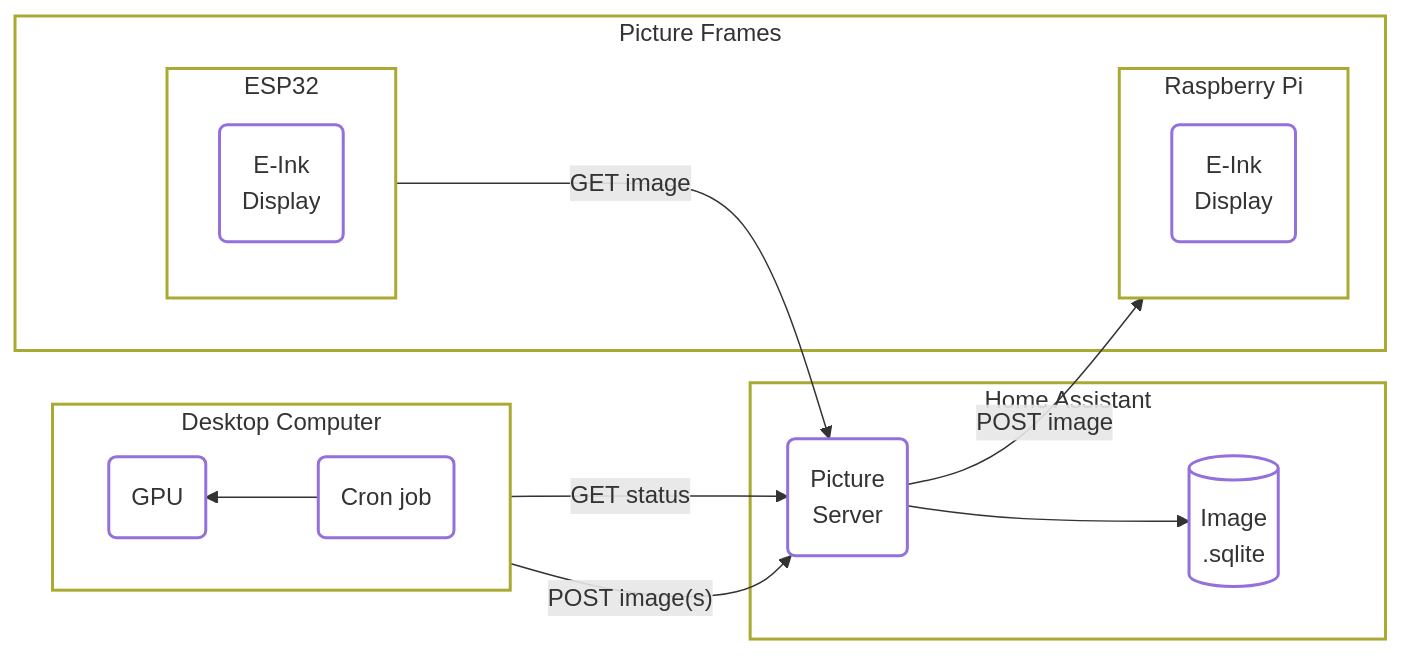
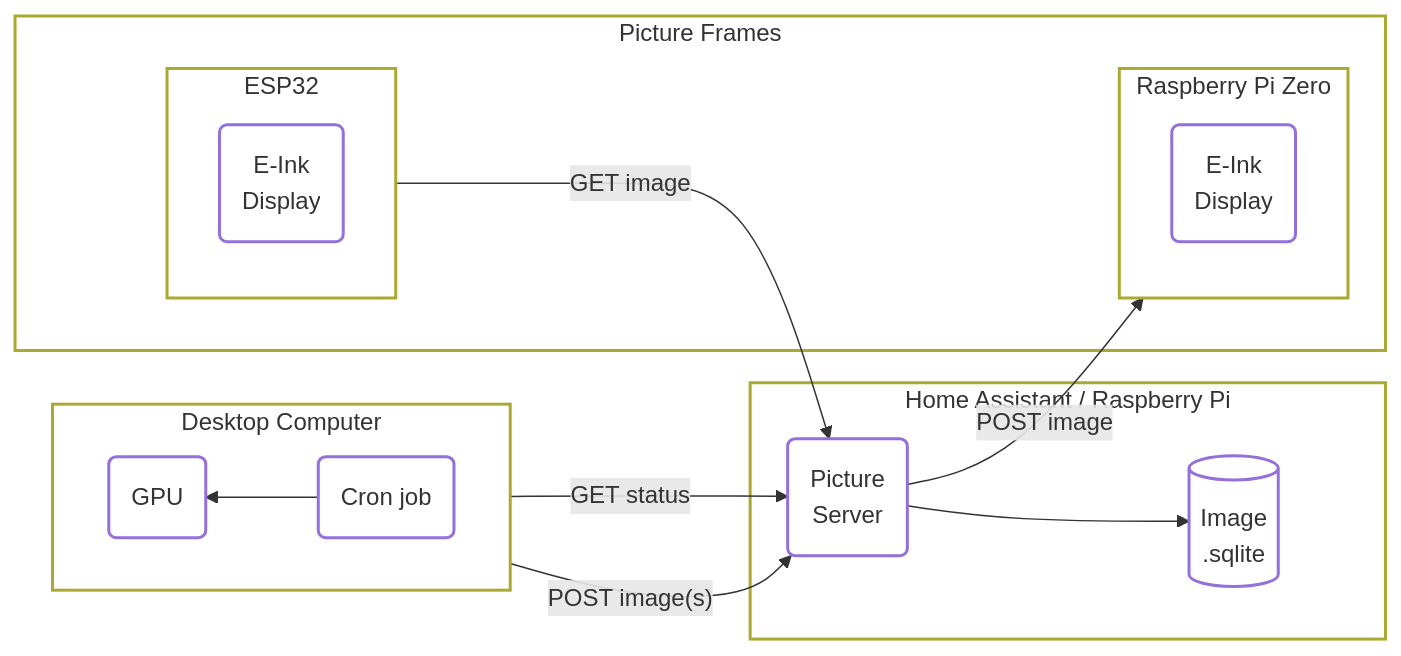
The diagram in _drafts/2025-03-02-building-your-own-ai-and-e-ink-powered-art-gallery-local.md (charnley/blog), drawn with Mermaid before and after one commit. The commit also changed other lines of this file, not shown here.

````diff
--- a/_drafts/2025-03-02-building-your-own-ai-and-e-ink-powered-art-gallery-local.md
+++ b/_drafts/2025-03-02-building-your-own-ai-and-e-ink-powered-art-gallery-local.md
@@ -81,38 +81,38 @@
 ```mermaid
 graph LR
 
     subgraph Desktop [Desktop Computer]
       direction RL
       gpucron@{ shape: rounded, label: "Cron job" }
       GPU@{ shape: rounded, label: "GPU" }
       gpucron --> GPU
     end
 
-    subgraph HA [Home Assistant]
+    subgraph HA [Home Assistant / Raspberry Pi]
       database@{ shape: db, label: "Image\n.sqlite" }
       canvasserver@{ shape: rounded, label: "Picture\nServer" }
       canvasserver --> database
     end
 
     subgraph pictures [Picture Frames]
 
         subgraph esp32 [ESP32]
             esp32eink@{ shape: rounded, label: "E-Ink\nDisplay" }
         end
-        subgraph rpi [Raspberry Pi]
+        subgraph rpi [Raspberry Pi Zero]
             rpieink@{ shape: rounded, label: "E-Ink\nDisplay" }
         end
 
     end
 
     canvasserver -- "POST image" --> rpi
     esp32 -- GET image --> canvasserver
 
     gpucron -- "GET status" --> canvasserver
     gpucron -- POST image(s) --> canvasserver
    
     classDef default stroke-width:2px;
     classDef default fill: transparent;
     classDef ParentGraph fill: transparent, stroke-width:2px;
     class pictures,HA,Desktop,esp32,rpi ParentGraph
 ```
````
